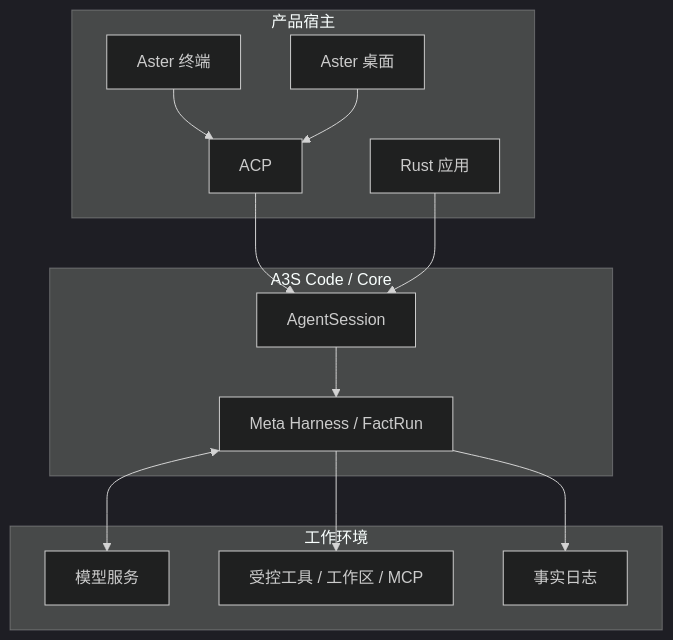
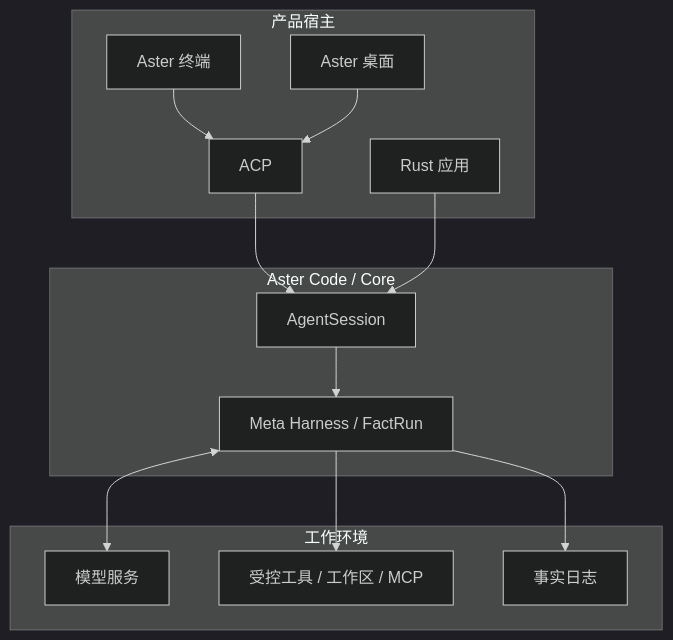
Before and after one commit to aster-ai-lab/aster: the diagram in apps/web/content/docs/code/9.1.5/_diagrams/architecture.mmd, drawn with Mermaid (dark theme). The commit also changed 16153 other files, not shown here.

```diff
--- a/apps/web/content/docs/code/9.1.5/_diagrams/architecture.mmd
+++ b/apps/web/content/docs/code/9.1.5/_diagrams/architecture.mmd
@@ -1,26 +1,26 @@
 flowchart TB
   accTitle: Aster 运行时架构
   accDescr: 终端和桌面通过 ACP 接入 Core，Rust 应用直接创建会话。Core 调用模型和受控工具，并记录事实日志。
   subgraph host[产品宿主]
     terminal[Aster 终端]
     desktop[Aster 桌面]
     acp[ACP]
     rust[Rust 应用]
     terminal --> acp
     desktop --> acp
   end
-  subgraph core[A3S Code / Core]
+  subgraph core[Aster Code / Core]
     session[AgentSession]
     harness[Meta Harness / FactRun]
     session --> harness
   end
   subgraph environment[工作环境]
     model[模型服务]
     tools[受控工具 / 工作区 / MCP]
     facts[事实日志]
   end
   acp --> session
   rust --> session
   harness <--> model
   harness --> tools
   harness --> facts
```
